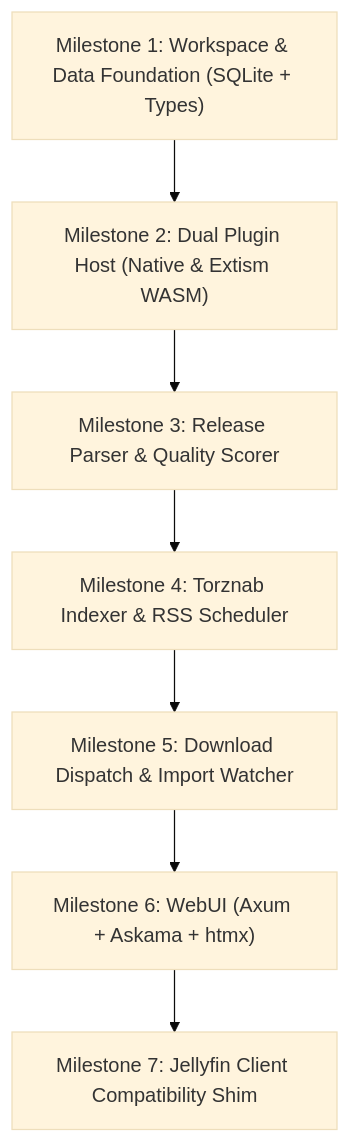
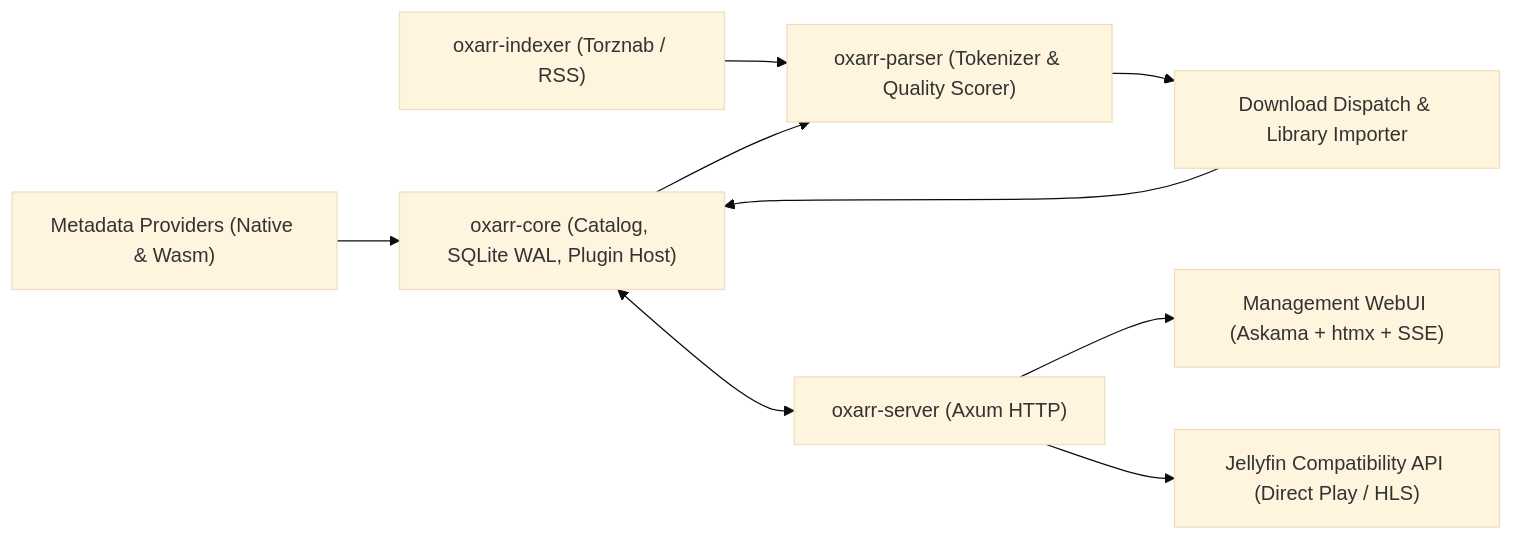
The diagram in docs/architecture.md (bubuntux/oxarr), drawn with Mermaid (base theme) before and after one commit. The commit also changed other lines of this file and 3 other files, not shown here.

Commit message:
Refocus architecture doc on design and move roadmap to GitHub

````diff
--- a/docs/architecture.md
+++ b/docs/architecture.md
@@ -41,12 +20,11 @@
 ```mermaid
-flowchart TD
-    M1["Milestone 1: Workspace & Data Foundation (SQLite + Types)"]
-    M2["Milestone 2: Dual Plugin Host (Native & Extism WASM)"]
-    M3["Milestone 3: Release Parser & Quality Scorer"]
-    M4["Milestone 4: Torznab Indexer & RSS Scheduler"]
-    M5["Milestone 5: Download Dispatch & Import Watcher"]
-    M6["Milestone 6: WebUI (Axum + Askama + htmx)"]
-    M7["Milestone 7: Jellyfin Client Compatibility Shim"]
-
-    M1 --> M2 --> M3 --> M4 --> M5 --> M6 --> M7
+flowchart LR
+    Meta["Metadata Providers (Native & Wasm)"] --> Core["oxarr-core (Catalog, SQLite WAL, Plugin Host)"]
+    Idx["oxarr-indexer (Torznab / RSS)"] --> Parser["oxarr-parser (Tokenizer & Quality Scorer)"]
+    Core --> Parser
+    Parser --> Dl["Download Dispatch & Library Importer"]
+    Dl --> Core
+    Core <--> Server["oxarr-server (Axum HTTP)"]
+    Server --> UI["Management WebUI (Askama + htmx + SSE)"]
+    Server --> JF["Jellyfin Compatibility API (Direct Play / HLS)"]
 ```
````
